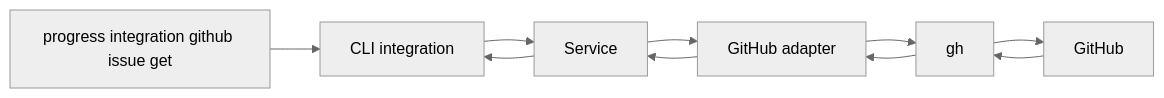
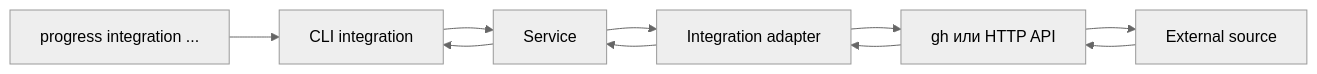
Before and after one commit to rasungatullin/progress: the first of 2 diagrams in docs/contours/integration/CLI.md, drawn with Mermaid (neutral theme). The commit also changed other lines of this file and 16 other files, not shown here.

````diff
--- a/docs/contours/integration/CLI.md
+++ b/docs/contours/integration/CLI.md
@@ -28,12 +28,12 @@
 ```mermaid
 flowchart LR
-    A[progress integration github issue get] --> B[CLI integration]
+    A[progress integration ...] --> B[CLI integration]
     B --> C[Service]
-    C --> D[GitHub adapter]
-    D --> E[gh]
-    E --> F[GitHub]
+    C --> D[Integration adapter]
+    D --> E[gh или HTTP API]
+    E --> F[External source]
     F --> E
     E --> D
     D --> C
     C --> B
 ```
````
